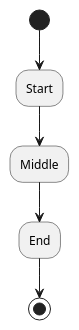
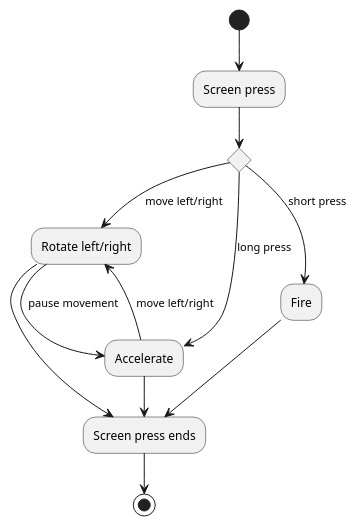
One commit to gerald1248/continuous-documentation changed the diagram in test-content/ch1.adoc. Above: the diagram before and after it, drawn with PlantUML. The commit also changed other lines of this file and 17 other files, not shown here.

```diff
--- a/test-content/ch1.adoc
+++ b/test-content/ch1.adoc
@@ -12,11 +38,23 @@
-[plantuml, activity, svg]
+[plantuml, state-machine, svg]
 ----
 @startuml
 
-(*) --> "Start"
---> "Middle"
---> "End"
---> (*)
+(*) --> "Screen press" as DOWN
+if "" then
+-down->[move left/right] "Rotate left/right" as MOVE
+else
+-down->[long press] "Accelerate" as THRUST
+else
+-down->[short press] "Fire" as FIRE
+
+MOVE -->[pause movement] THRUST
+THRUST -->[move left/right] MOVE
+
+MOVE --> "Screen press ends" as UP
+THRUST --> UP
+FIRE --> UP
+
+UP --> (*)
 
 @enduml
 ----
```
